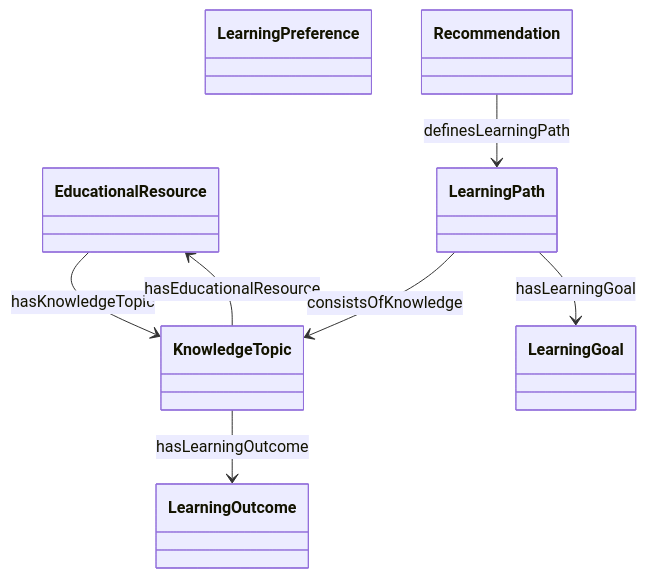
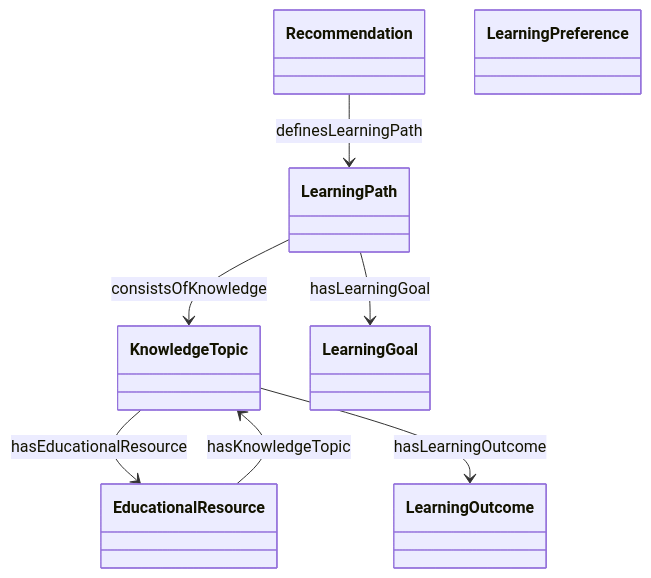
The diagram in output/ieswc_meta/educor.ttl-abstract-7-0-hard.md (oeg-upm/Devos), drawn with Mermaid before and after one commit. The commit also changed other lines of this file and 131 other files, not shown here.

````diff
--- a/output/ieswc_meta/educor.ttl-abstract-7-0-hard.md
+++ b/output/ieswc_meta/educor.ttl-abstract-7-0-hard.md
@@ -1,47 +1,47 @@
 ```mermaid
 	classDiagram
 
     
+    class `Recommendation` {
+    
+    }
+
+    class `LearningOutcome` {
+    
+    }
+
+    class `KnowledgeTopic` {
+    
+    }
+
+    class `LearningPreference` {
+    
+    }
+
     class `LearningGoal` {
     
     }
 
     class `EducationalResource` {
     
     }
 
-    class `KnowledgeTopic` {
-    
-    }
-
     class `LearningPath` {
-    
-    }
-
-    class `LearningPreference` {
-    
-    }
-
-    class `LearningOutcome` {
-    
-    }
-
-    class `Recommendation` {
     
     }
 
 
 
 `EducationalResource`  --> `KnowledgeTopic`   :hasKnowledgeTopic  
 
+`LearningPath`  --> `KnowledgeTopic`   :consistsOfKnowledge  
+
+`KnowledgeTopic`  --> `EducationalResource`   :hasEducationalResource  
+
 `KnowledgeTopic`  --> `LearningOutcome`   :hasLearningOutcome  
+
+`LearningPath`  --> `LearningGoal`   :hasLearningGoal  
 
 `Recommendation`  --> `LearningPath`   :definesLearningPath  
 
-`KnowledgeTopic`  --> `EducationalResource`   :hasEducationalResource  
-
-`LearningPath`  --> `KnowledgeTopic`   :consistsOfKnowledge  
-
-`LearningPath`  --> `LearningGoal`   :hasLearningGoal  
-
 ```
````
